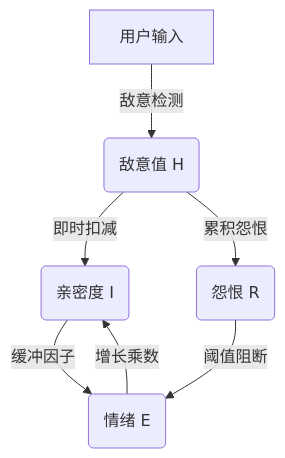
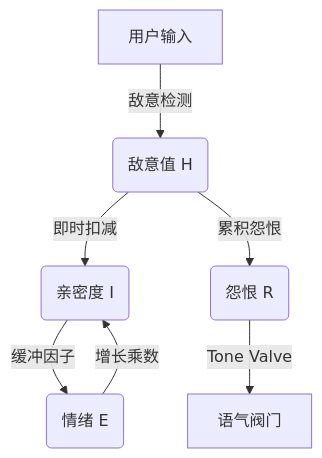
One commit to ApolloEddy/AI_Companion changed the second of 2 diagrams in README.md. Above: the diagram before and after it, drawn with Mermaid. The commit also changed other lines of this file and 10 other files, not shown here.

Commit message:
feat: 引入 Reaction Compass 系统与 Tone Valve 语气阀门，重构L1感知层以支持高精度心理侧写

````diff
--- a/README.md
+++ b/README.md
@@ -59,9 +67,9 @@
 ```mermaid
 graph TD
     Input[用户输入] -->|敌意检测| Hostility(敌意值 H)
     Hostility -->|即时扣减| Intimacy(亲密度 I)
     Intimacy -->|缓冲因子| Emotion(情绪 E)
     Emotion -->|增长乘数| Intimacy
     Hostility -->|累积怨恨| Resentment(怨恨 R)
-    Resentment -->|阈值阻断| Emotion
+    Resentment -->|Tone Valve| Output[语气阀门]
 ```
````
